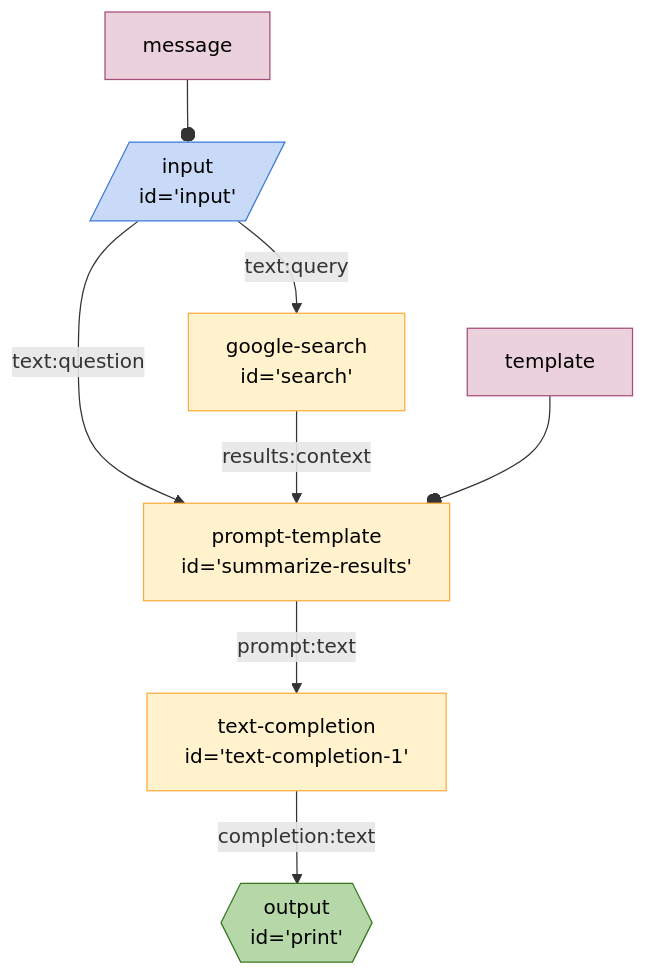
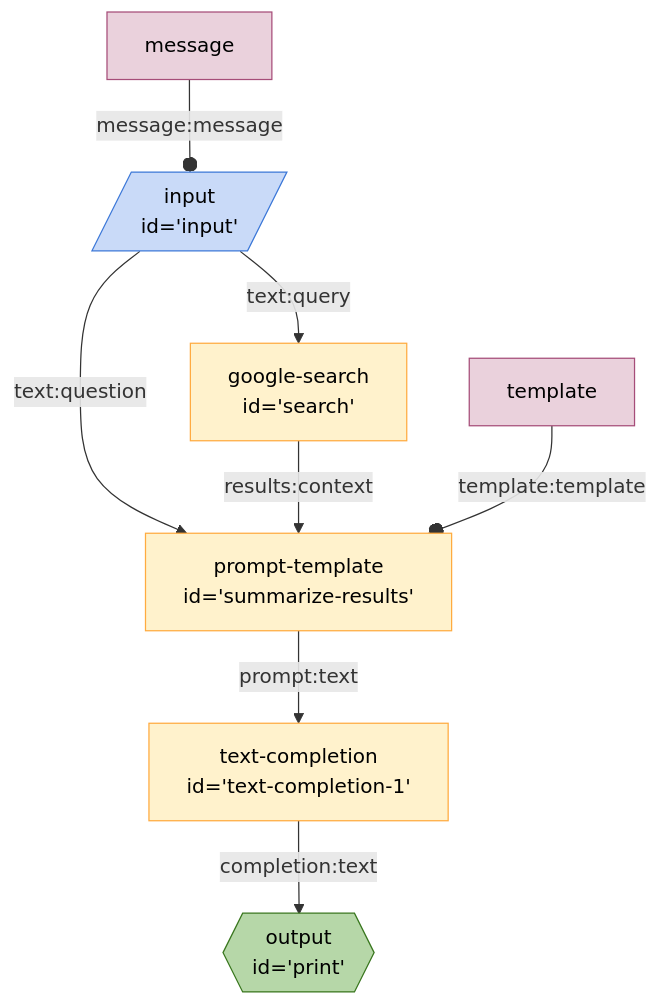
The diagram in seeds/graph-playground/docs/graphs/search-summarize.md (breadboard-ai/breadboard), drawn with Mermaid before and after one commit. The commit also changed 13 other files, not shown here.

Commit message:
[graph] Add proper edge markers for constants.

````diff
--- a/seeds/graph-playground/docs/graphs/search-summarize.md
+++ b/seeds/graph-playground/docs/graphs/search-summarize.md
@@ -4,28 +4,28 @@
 ```mermaid
 %%{init: 'themeVariables': { 'fontFamily': 'Fira Code, monospace' }}%%
 graph TD;
 input[/"input
 id='input'"/]:::input -- text:question --> summarizeresults["prompt-template
 id='summarize-results'"]
 input[/"input
 id='input'"/]:::input -- text:query --> search["google-search
 id='search'"]
 search["google-search
 id='search'"] -- results:context --> summarizeresults["prompt-template
 id='summarize-results'"]
 summarizeresults["prompt-template
 id='summarize-results'"] -- prompt:text --> textcompletion1["text-completion
 id='text-completion-1'"]
 textcompletion1["text-completion
 id='text-completion-1'"] -- completion:text --> print{{"output
 id='print'"}}:::output
-messageinput[message]:::config --o input
-templatesummarizeresults[template]:::config --o summarizeresults
+messageinput[message]:::config -- message:message --o input
+templatesummarizeresults[template]:::config -- template:template --o summarizeresults
 classDef default stroke:#ffab40,fill:#fff2ccff,color:#000
 classDef input stroke:#3c78d8,fill:#c9daf8ff,color:#000
 classDef output stroke:#38761d,fill:#b6d7a8ff,color:#000
 classDef passthrough stroke:#a64d79,fill:#ead1dcff,color:#000
 classDef slot stroke:#a64d79,fill:#ead1dcff,color:#000
 classDef config stroke:#a64d79,fill:#ead1dcff,color:#000
 classDef slotted stroke:#a64d79
 ```
````
